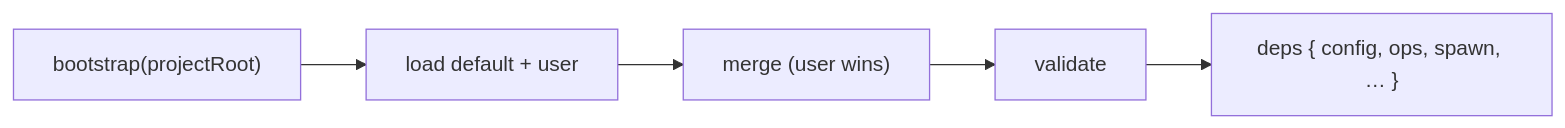
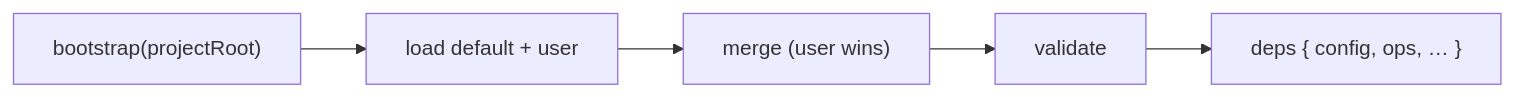
Before and after one commit to chafoo/anchored: the diagram in docs/core/config/bootstrap.md, drawn with Mermaid. The commit also changed other lines of this file and 18 other files, not shown here.

````diff
--- a/docs/core/config/bootstrap.md
+++ b/docs/core/config/bootstrap.md
@@ -19,7 +19,7 @@
 ```mermaid
 flowchart LR
     boot["bootstrap(projectRoot)"] --> load["load default + user"]
     load --> mg["merge (user wins)"]
     mg --> val["validate"]
-    val --> deps["deps { config, ops, spawn, … }"]
+    val --> deps["deps { config, ops, … }"]
 ```
````
